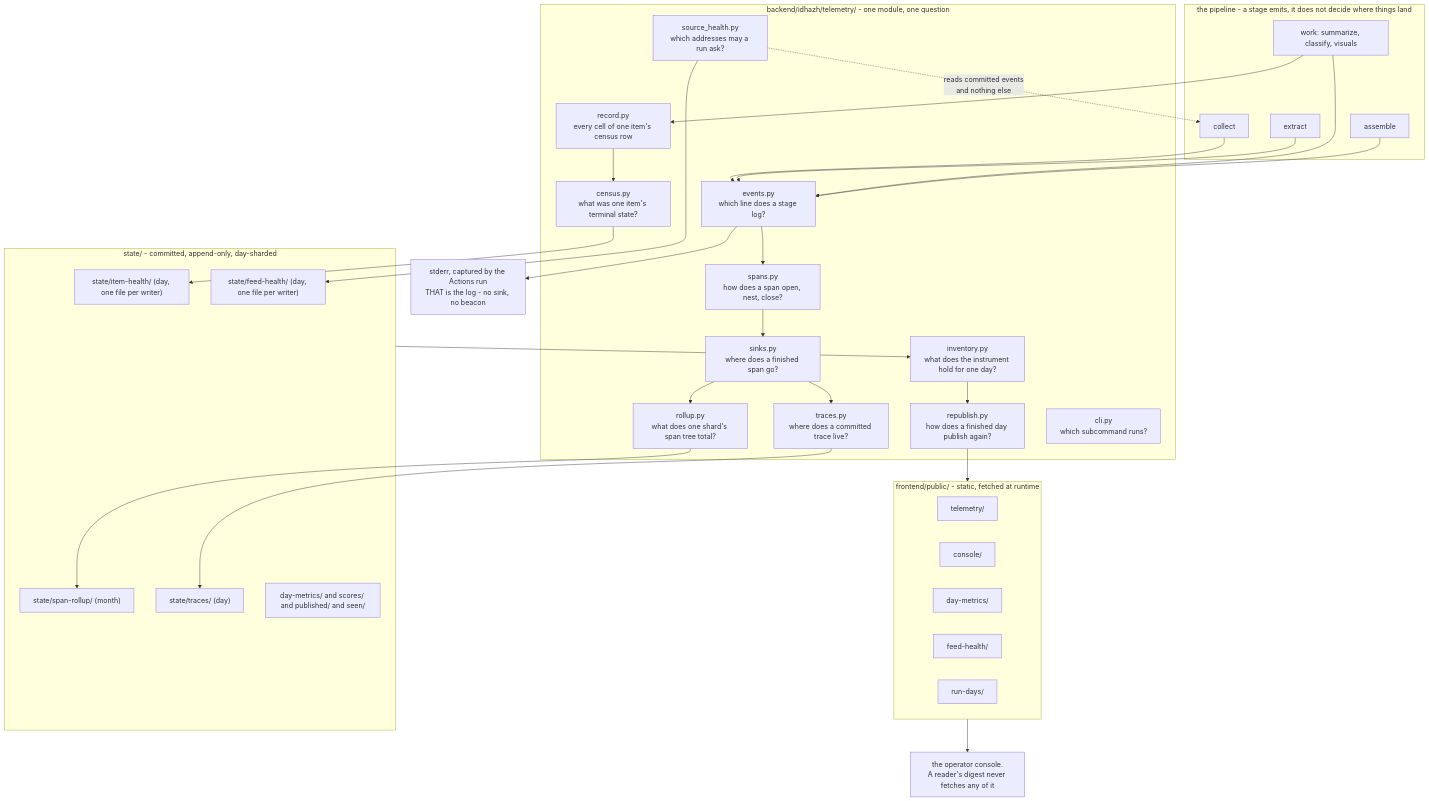
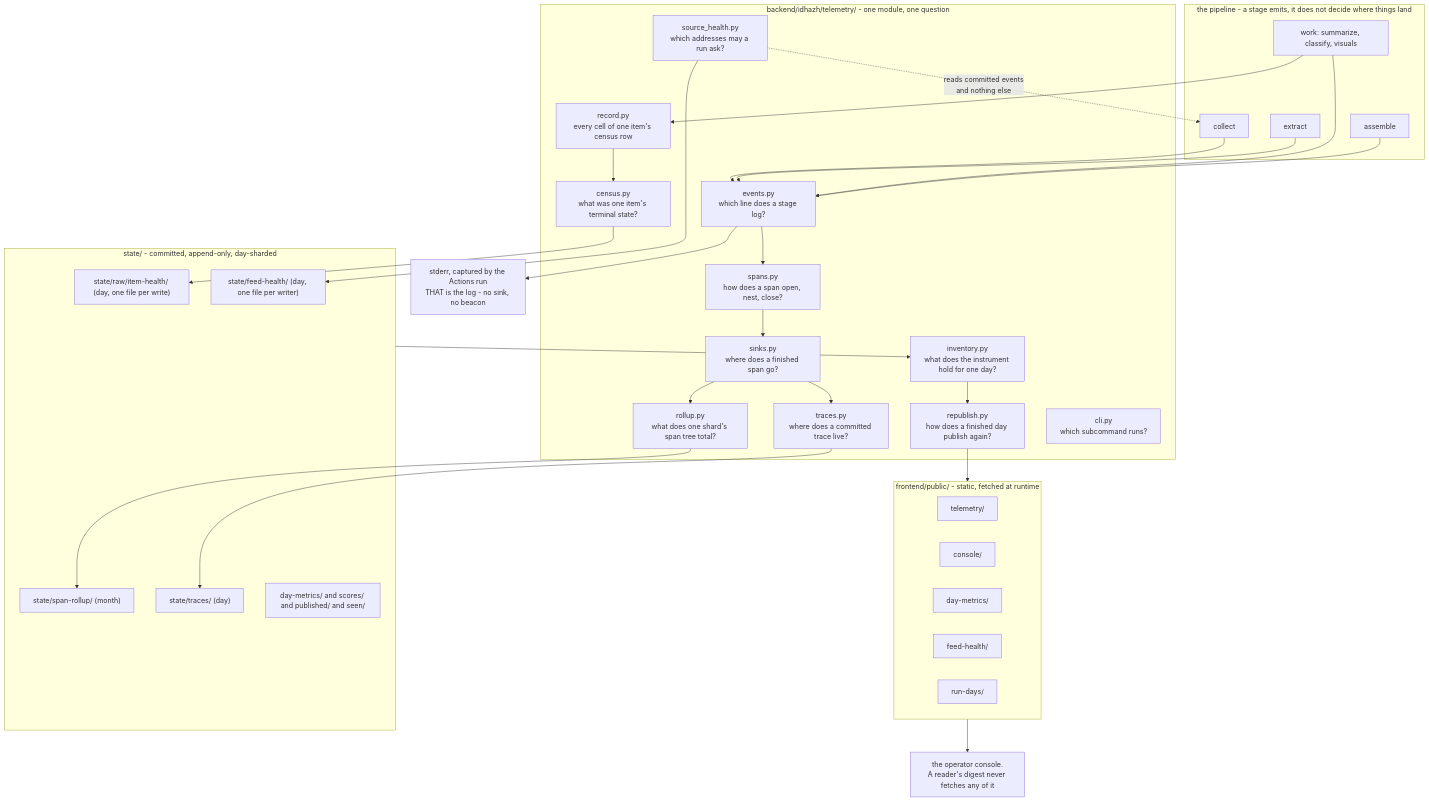
Before and after one commit to miztiik/yen-idhazh: the diagram in docs/concepts/telemetry.md, drawn with Mermaid. The commit also changed other lines of this file and 1 other file, not shown here.

````diff
--- a/docs/concepts/telemetry.md
+++ b/docs/concepts/telemetry.md
@@ -17,64 +17,64 @@
 ```mermaid
 flowchart TD
   subgraph stages["the pipeline - a stage emits, it does not decide where things land"]
     collect["collect"]
     extract["extract"]
     work["work: summarize, classify, visuals"]
     assemble["assemble"]
   end
 
   collect --> events
   extract --> events
   work --> events
   assemble --> events
   work --> record
 
   subgraph pkg["backend/idhazh/telemetry/ - one module, one question"]
     events["events.py<br/>which line does a stage log?"]
     spans["spans.py<br/>how does a span open, nest, close?"]
     sinks["sinks.py<br/>where does a finished span go?"]
     record["record.py<br/>every cell of one item's census row"]
     census["census.py<br/>what was one item's terminal state?"]
     rollup["rollup.py<br/>what does one shard's span tree total?"]
     traces["traces.py<br/>where does a committed trace live?"]
     inventory["inventory.py<br/>what does the instrument hold for one day?"]
     health["source_health.py<br/>which addresses may a run ask?"]
     republish["republish.py<br/>how does a finished day publish again?"]
     cli["cli.py<br/>which subcommand runs?"]
   end
 
   events --> stderr["stderr, captured by the Actions run<br/>THAT is the log - no sink, no beacon"]
   events --> spans --> sinks
   sinks --> traces
   sinks --> rollup
   record --> census
 
-  census --> ih["state/item-health/ (day, one file per writer)"]
+  census --> ih["state/raw/item-health/ (day, one file per write)"]
   rollup --> sr["state/span-rollup/ (month)"]
   traces --> tr["state/traces/ (day)"]
   health --> fh["state/feed-health/ (day, one file per writer)"]
 
   subgraph state["state/ - committed, append-only, day-sharded"]
     ih
     sr
     tr
     fh
     other["day-metrics/ and scores/ and published/ and seen/"]
   end
 
   state --> inventory
   inventory --> republish
   republish --> pub
 
   subgraph pub["frontend/public/ - static, fetched at runtime"]
     telem["telemetry/"]
     cons["console/"]
     dm["day-metrics/"]
     fhp["feed-health/"]
     rd["run-days/"]
   end
 
   pub --> op["the operator console.<br/>A reader's digest never fetches any of it"]
 
   health -.->|"reads committed events<br/>and nothing else"| collect
 ```
````
